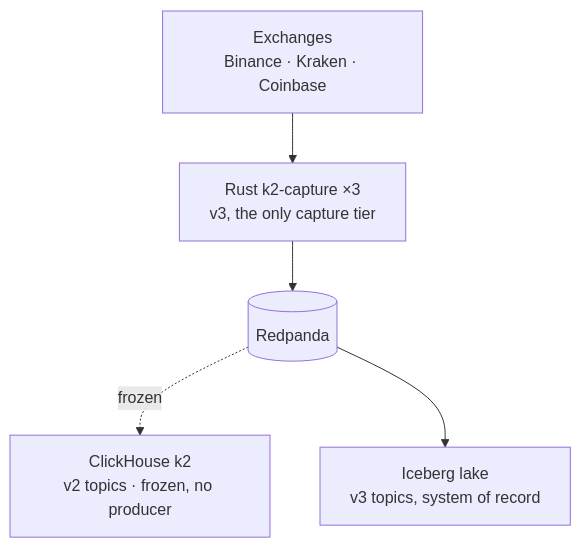
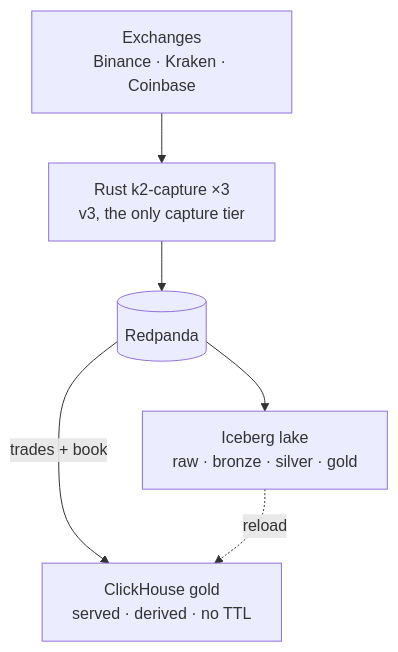
The third of 5 diagrams in docs/architecture/README.md (rjdscott/k2-market-data-platform), drawn with Mermaid before and after one commit. The commit also changed other lines of this file and 52 other files, not shown here.

````diff
--- a/docs/architecture/README.md
+++ b/docs/architecture/README.md
@@ -266,11 +270,12 @@
 ```mermaid
 flowchart TB
   EX["Exchanges<br/>Binance · Kraken · Coinbase"]
   CAP["Rust k2-capture ×3<br/>v3, the only capture tier"]
   RP[("Redpanda")]
-  CH["ClickHouse k2<br/>v2 topics · frozen, no producer"]
-  LK["Iceberg lake<br/>v3 topics, system of record"]
+  CH["ClickHouse gold<br/>served · derived · no TTL"]
+  LK["Iceberg lake<br/>raw · bronze · silver · gold"]
   EX --> CAP --> RP
-  RP -.->|frozen| CH
+  RP -->|"trades + book"| CH
   RP --> LK
+  LK -.->|reload| CH
 ```
````
